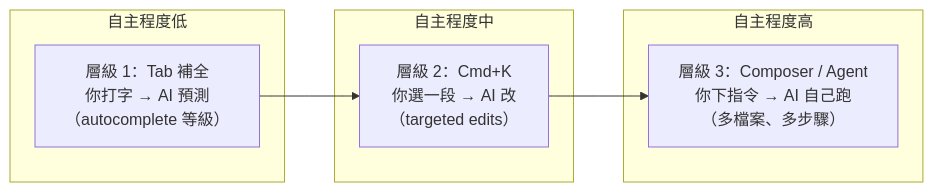
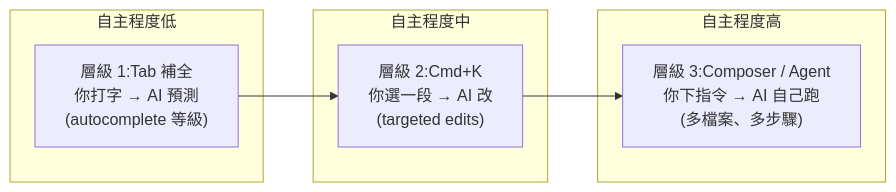
Before and after one commit to deadline314/Lesson3-AI-Tools: the ninth of 47 diagrams in Guide.md, drawn with Mermaid. The commit also changed other lines of this file and 25 other files, not shown here.

````diff
--- a/Guide.md
+++ b/Guide.md
@@ -341,13 +542,13 @@
 ```mermaid
 graph LR
     subgraph "自主程度低"
-        L1["層級 1：Tab 補全<br/>你打字 → AI 預測<br/>（autocomplete 等級）"]
+        L1["層級 1:Tab 補全<br/>你打字 → AI 預測<br/>(autocomplete 等級)"]
     end
     subgraph "自主程度中"
-        L2["層級 2：Cmd+K<br/>你選一段 → AI 改<br/>（targeted edits）"]
+        L2["層級 2:Cmd+K<br/>你選一段 → AI 改<br/>(targeted edits)"]
     end
     subgraph "自主程度高"
-        L3["層級 3：Composer / Agent<br/>你下指令 → AI 自己跑<br/>（多檔案、多步驟）"]
+        L3["層級 3:Composer / Agent<br/>你下指令 → AI 自己跑<br/>(多檔案、多步驟)"]
     end
     L1 --> L2 --> L3
 ```
````
